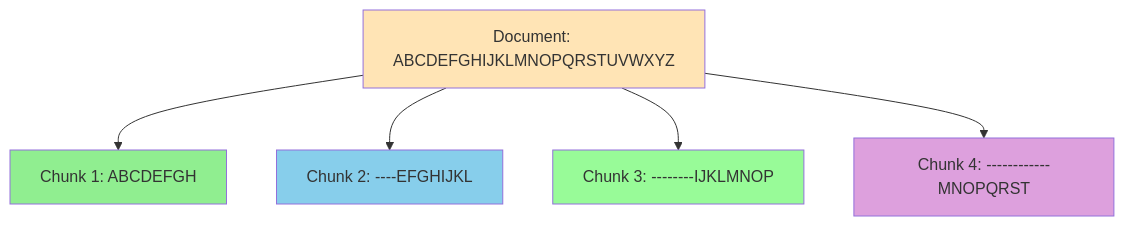
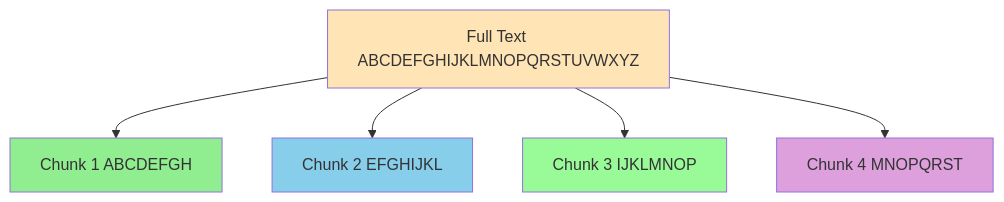
The fourth of 14 diagrams in 12.TextSplitters/README.md (Kadiwalhussain/LangChain), drawn with Mermaid before and after one commit. The commit also changed other lines of this file and 2 other files, not shown here.

Commit message:
fix: corrected Mermaid diagrams in all README files

````diff
--- a/12.TextSplitters/README.md
+++ b/12.TextSplitters/README.md
@@ -124,20 +124,20 @@
 ```mermaid
 graph TD
-    A["Document: ABCDEFGHIJKLMNOPQRSTUVWXYZ"]
+    A[Full Text ABCDEFGHIJKLMNOPQRSTUVWXYZ]
     
-    B["Chunk 1: ABCDEFGH"]
-    C["Chunk 2: ----EFGHIJKL"]
-    D["Chunk 3: --------IJKLMNOP"]
-    E["Chunk 4: ------------MNOPQRST"]
+    B[Chunk 1 ABCDEFGH]
+    C[Chunk 2 EFGHIJKL]
+    D[Chunk 3 IJKLMNOP]
+    E[Chunk 4 MNOPQRST]
     
     A --> B
     A --> C
     A --> D
     A --> E
     
     style A fill:#FFE4B5
     style B fill:#90EE90
     style C fill:#87CEEB
     style D fill:#98FB98
     style E fill:#DDA0DD
 ```
````
